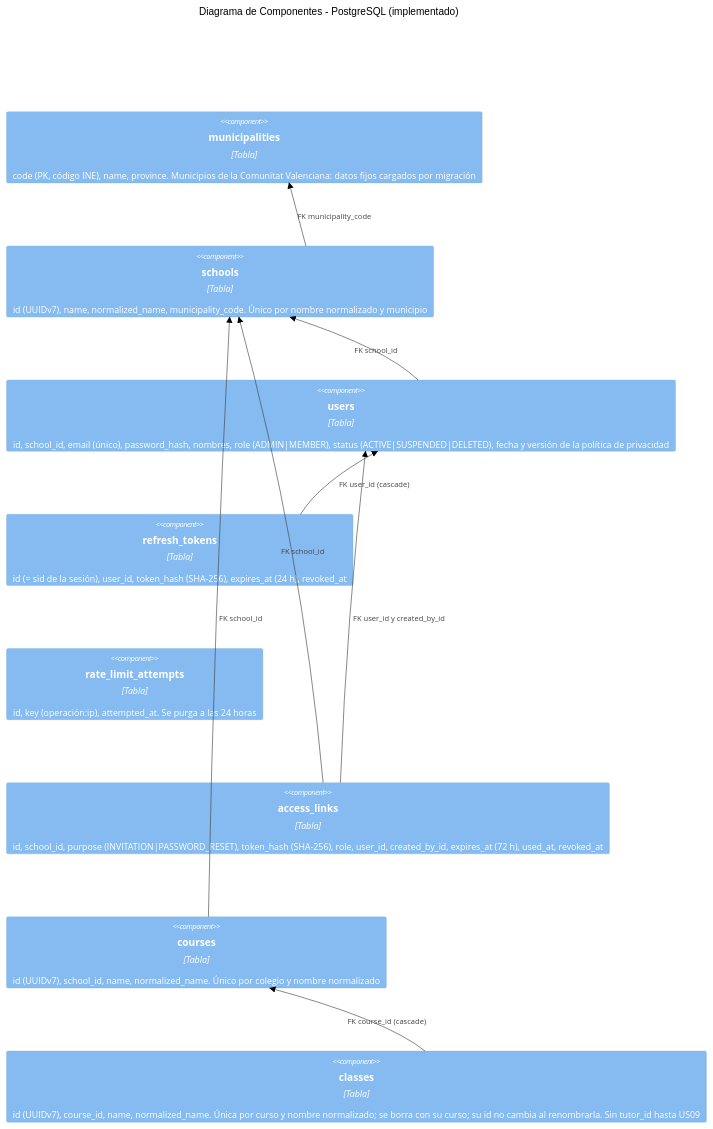
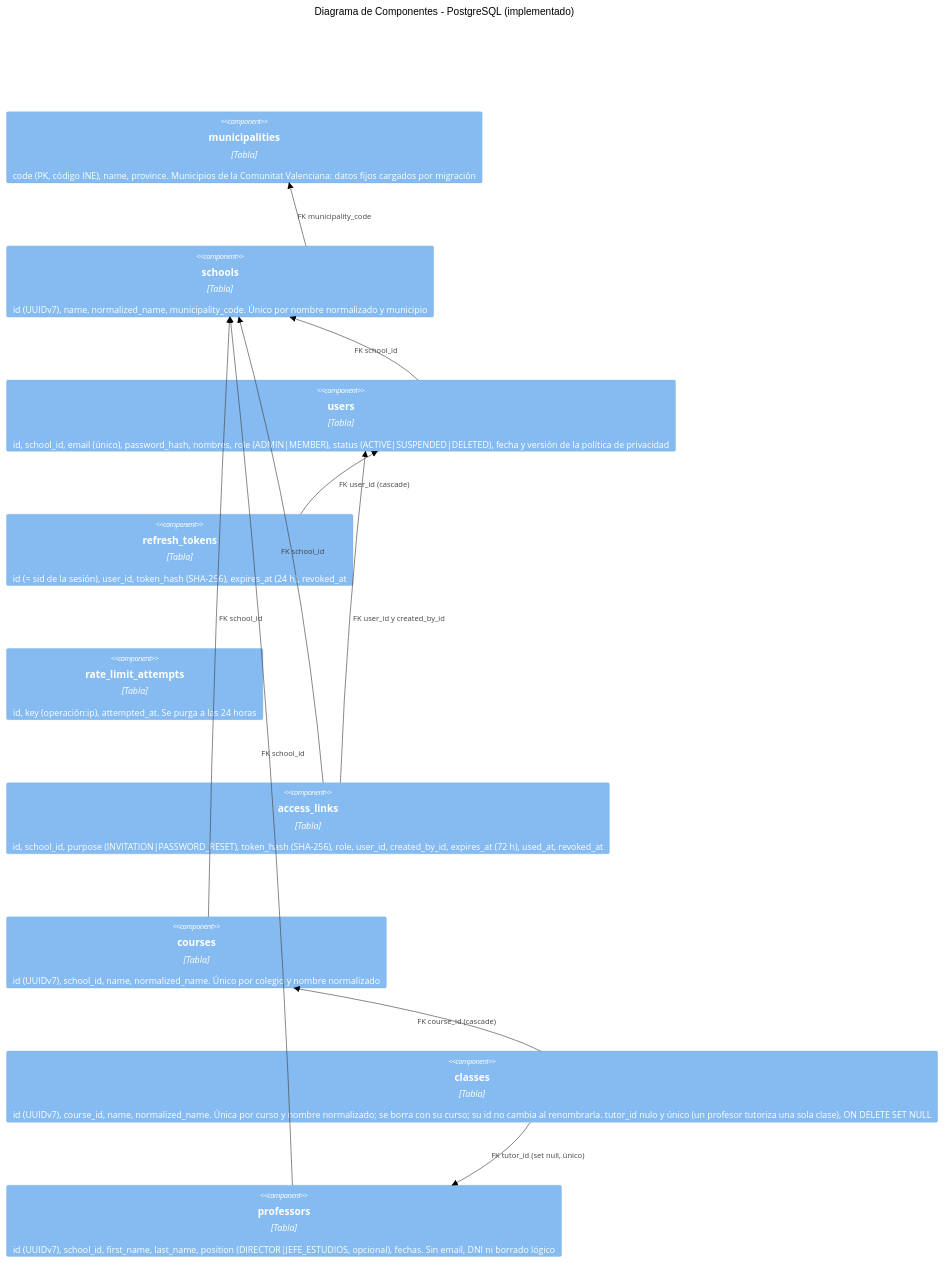
The fifth of 15 diagrams in docs/arquitectura/DIAGRAMA_C4.md (kiketon007/CalendarSchool), drawn with Mermaid (forest theme) before and after one commit. The commit also changed other lines of this file and 75 other files, not shown here.

First line of the commit message:
feat(professors): crear y listar profesores con la clase que tutorizan (US09)

````diff
--- a/docs/arquitectura/DIAGRAMA_C4.md
+++ b/docs/arquitectura/DIAGRAMA_C4.md
@@ -187,21 +195,24 @@
 ```mermaid
 C4Component
     title Diagrama de Componentes - PostgreSQL (implementado)
 
     Component(municipalities, "municipalities", "Tabla", "code (PK, código INE), name, province. Municipios de la Comunitat Valenciana: datos fijos cargados por migración")
     Component(schools, "schools", "Tabla", "id (UUIDv7), name, normalized_name, municipality_code. Único por nombre normalizado y municipio")
     Component(users, "users", "Tabla", "id, school_id, email (único), password_hash, nombres, role (ADMIN|MEMBER), status (ACTIVE|SUSPENDED|DELETED), fecha y versión de la política de privacidad")
     Component(refresh, "refresh_tokens", "Tabla", "id (= sid de la sesión), user_id, token_hash (SHA-256), expires_at (24 h), revoked_at")
     Component(attempts, "rate_limit_attempts", "Tabla", "id, key (operación:ip), attempted_at. Se purga a las 24 horas")
     Component(links, "access_links", "Tabla", "id, school_id, purpose (INVITATION|PASSWORD_RESET), token_hash (SHA-256), role, user_id, created_by_id, expires_at (72 h), used_at, revoked_at")
     Component(courses, "courses", "Tabla", "id (UUIDv7), school_id, name, normalized_name. Único por colegio y nombre normalizado")
-    Component(classes, "classes", "Tabla", "id (UUIDv7), course_id, name, normalized_name. Única por curso y nombre normalizado; se borra con su curso; su id no cambia al renombrarla. Sin tutor_id hasta US09")
+    Component(classes, "classes", "Tabla", "id (UUIDv7), course_id, name, normalized_name. Única por curso y nombre normalizado; se borra con su curso; su id no cambia al renombrarla. tutor_id nulo y único (un profesor tutoriza una sola clase), ON DELETE SET NULL")
+    Component(professors, "professors", "Tabla", "id (UUIDv7), school_id, first_name, last_name, position (DIRECTOR|JEFE_ESTUDIOS, opcional), fechas. Sin email, DNI ni borrado lógico")
 
     Rel(schools, municipalities, "FK municipality_code")
     Rel(users, schools, "FK school_id")
     Rel(refresh, users, "FK user_id (cascade)")
     Rel(links, schools, "FK school_id")
     Rel(links, users, "FK user_id y created_by_id")
     Rel(courses, schools, "FK school_id")
+    Rel(professors, schools, "FK school_id")
     Rel(classes, courses, "FK course_id (cascade)")
+    Rel(classes, professors, "FK tutor_id (set null, único)")
 ```
````
